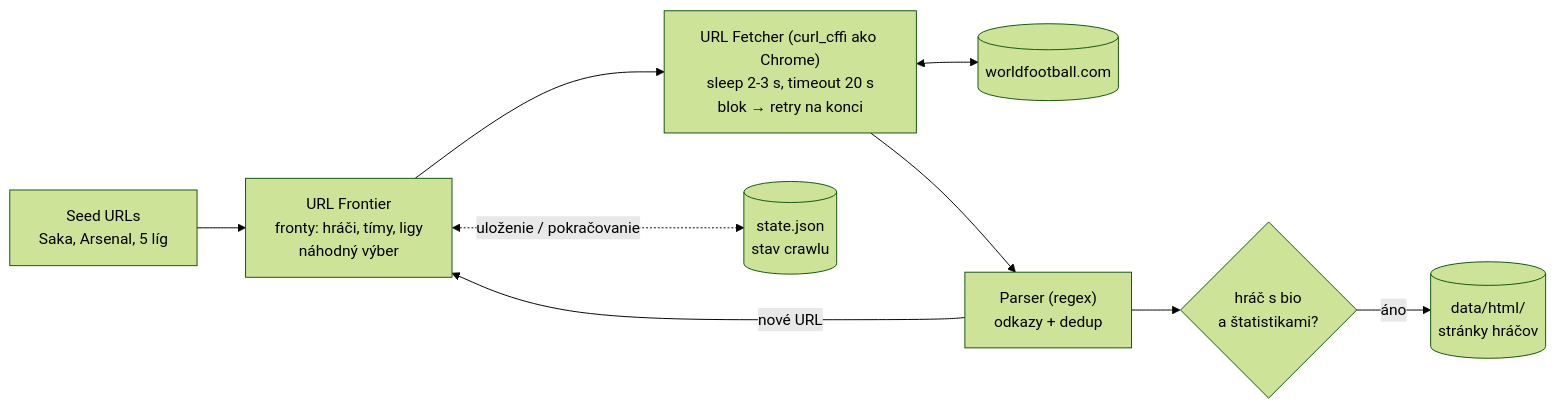
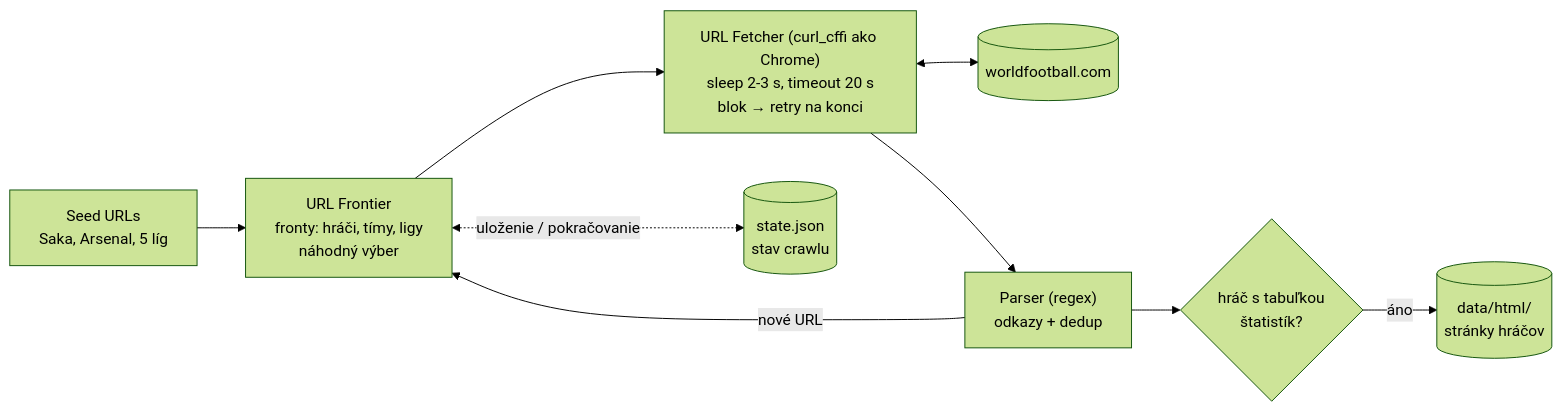
Before and after one commit to MarekPenzes/VINF_Crawler: the first of 4 diagrams in diagram.md, drawn with Mermaid (forest theme). The commit also changed other lines of this file and 16 other files, not shown here.

````diff
--- a/diagram.md
+++ b/diagram.md
@@ -13,19 +16,19 @@
 ```mermaid
 flowchart LR
     SEEDS["Seed URLs<br/>Saka, Arsenal, 5 líg"]
     FRONTIER["URL Frontier<br/>fronty: hráči, tímy, ligy<br/>náhodný výber"]
     FETCHER["URL Fetcher (curl_cffi ako Chrome)<br/>sleep 2-3 s, timeout 20 s<br/>blok → retry na konci"]
     WEB[("worldfootball.com")]
     PARSER["Parser (regex)<br/>odkazy + dedup"]
-    FILTER{"hráč s bio<br/>a štatistikami?"}
+    FILTER{"hráč s tabuľkou<br/>štatistík?"}
     HTML[("data/html/<br/>stránky hráčov")]
     STATE[("state.json<br/>stav crawlu")]
 
     SEEDS --> FRONTIER --> FETCHER
     FETCHER <--> WEB
     FETCHER --> PARSER
     PARSER -- nové URL --> FRONTIER
     PARSER --> FILTER
     FILTER -- áno --> HTML
     FRONTIER <-.->|uloženie / pokračovanie| STATE
 ```
````
